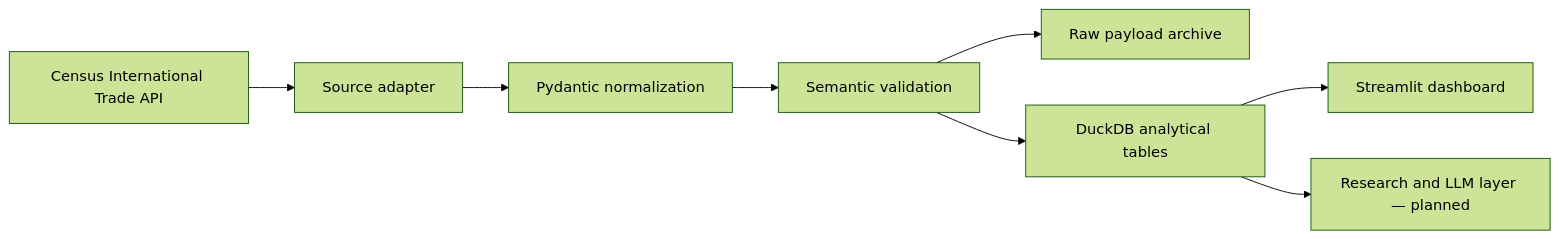
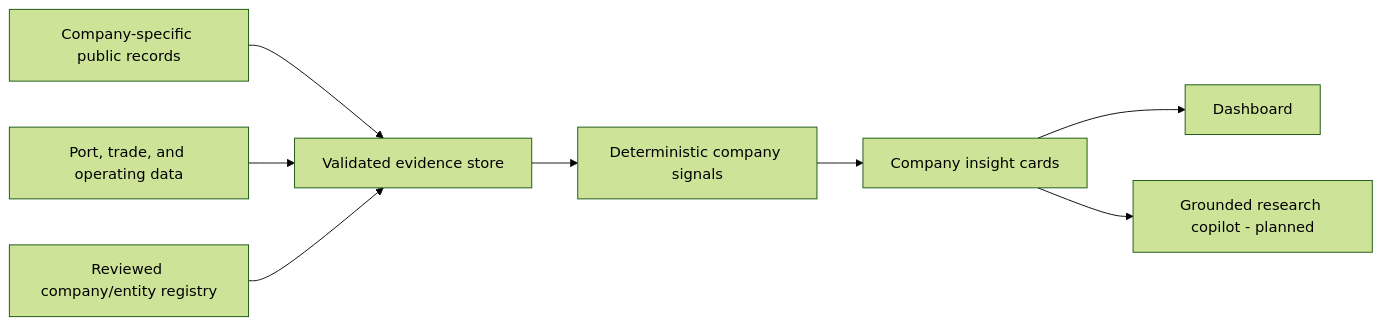
The diagram in README.md (Alex1Hart/AltDataDashboard), drawn with Mermaid (forest theme) before and after one commit. The commit also changed other lines of this file and 18 other files, not shown here.

````diff
--- a/README.md
+++ b/README.md
@@ -27,10 +32,10 @@
 ```mermaid
 flowchart LR
-    A["Census International Trade API"] --> B["Source adapter"]
-    B --> C["Pydantic normalization"]
-    C --> D["Semantic validation"]
-    D --> E["Raw payload archive"]
-    D --> F["DuckDB analytical tables"]
-    F --> G["Streamlit dashboard"]
-    F --> H["Research and LLM layer — planned"]
+    A["Company-specific public records"] --> D["Validated evidence store"]
+    B["Port, trade, and operating data"] --> D
+    C["Reviewed company/entity registry"] --> D
+    D --> E["Deterministic company signals"]
+    E --> F["Company insight cards"]
+    F --> G["Dashboard"]
+    F --> H["Grounded research copilot - planned"]
 ```
````
